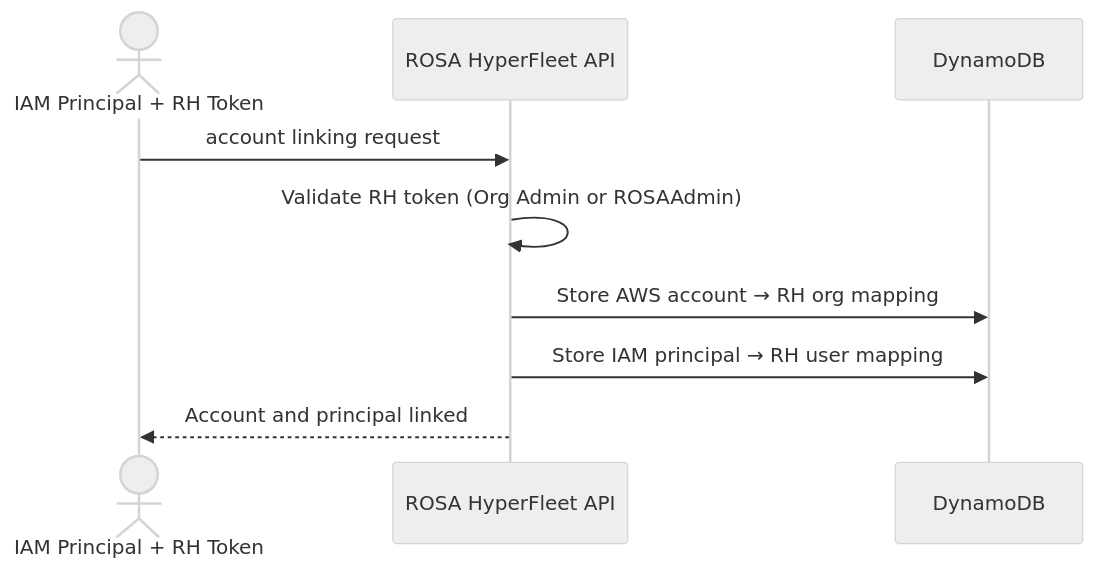
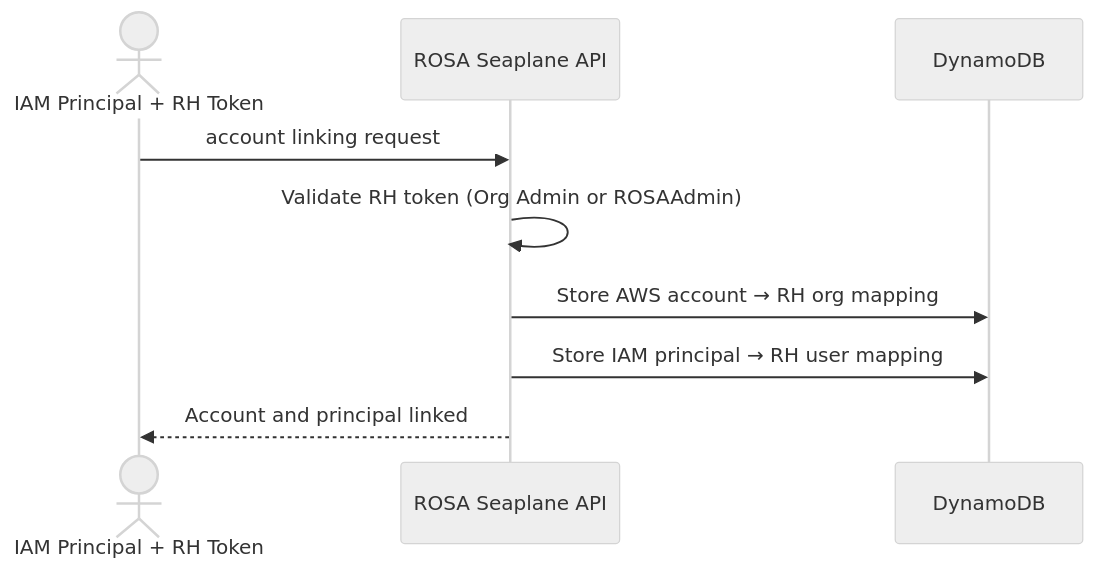
Before and after one commit to Alcamech/rosa-hyperfleet-api: the first of 3 diagrams in docs/authz.md, drawn with Mermaid (neutral theme). The commit also changed other lines of this file and 622 other files, not shown here.

First line of the commit message:
Rename ROSA HyperFleet to ROSA Seaplane

````diff
--- a/docs/authz.md
+++ b/docs/authz.md
@@ -24,12 +24,12 @@
 ```mermaid
 sequenceDiagram
     actor Admin as IAM Principal + RH Token
-    participant API as ROSA HyperFleet API
+    participant API as ROSA Seaplane API
     participant DB as DynamoDB
 
     Admin->>API: account linking request
     API->>API: Validate RH token (Org Admin or ROSAAdmin)
     API->>DB: Store AWS account → RH org mapping
     API->>DB: Store IAM principal → RH user mapping
     API-->>Admin: Account and principal linked
 ```
````
